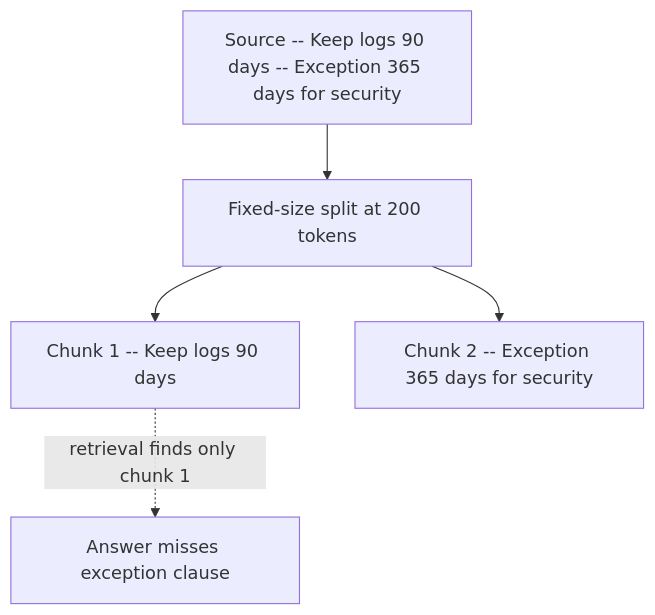
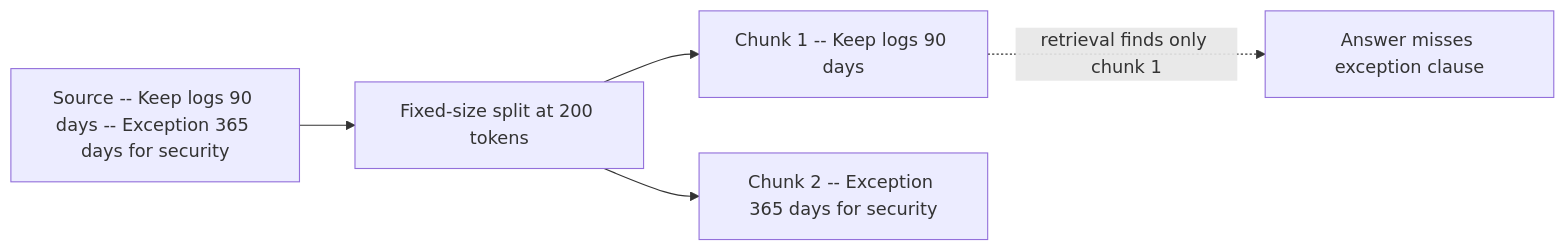
Before and after one commit to grafanaKibana/devbook.zip: the first of 6 diagrams in Vault/Home/AI & ML/LLM/Context Engineering/RAG/Chunking.md, drawn with Mermaid. The commit also changed other lines of this file and 917 other files, not shown here.

````diff
--- a/Vault/Home/AI & ML/LLM/Context Engineering/RAG/Chunking.md
+++ b/Vault/Home/AI & ML/LLM/Context Engineering/RAG/Chunking.md
@@ -43,7 +43,7 @@
 ```mermaid
-flowchart TD
+flowchart LR
   S[Source -- Keep logs 90 days -- Exception 365 days for security] --> SP[Fixed-size split at 200 tokens]
   SP --> C1[Chunk 1 -- Keep logs 90 days]
   SP --> C2[Chunk 2 -- Exception 365 days for security]
   C1 -. retrieval finds only chunk 1 .-> W[Answer misses exception clause]
 ```
````
